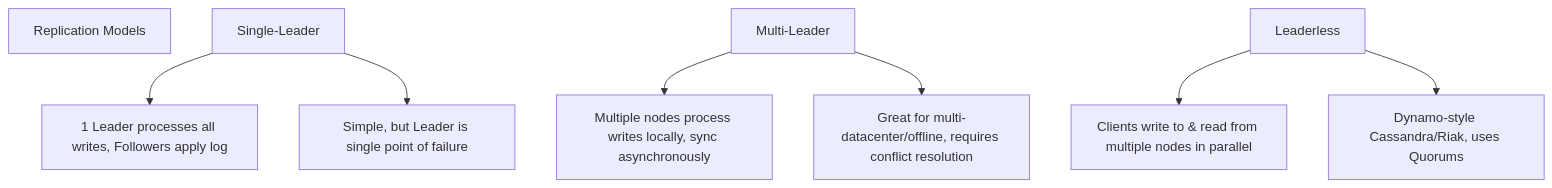
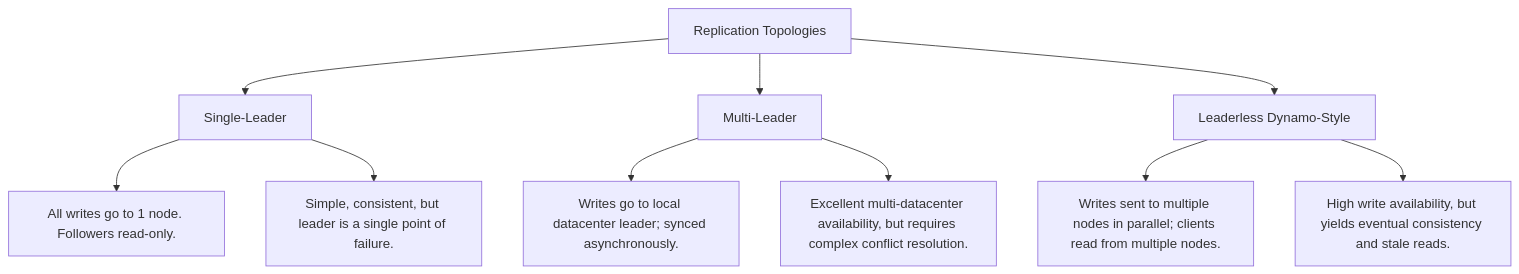
The first of 2 diagrams in chapters/ch5_replication.md (fredLuv/ddia-gitbook), drawn with Mermaid before and after one commit. The commit also changed other lines of this file and 1 other file, not shown here.

````diff
--- a/chapters/ch5_replication.md
+++ b/chapters/ch5_replication.md
@@ -23,13 +24,14 @@
 ```mermaid
 graph TD
-    SubGraph1[Replication Models]
+    A[Replication Topologies] --> B[Single-Leader]
+    B --> C[All writes go to 1 node. Followers read-only.]
+    B --> D[Simple, consistent, but leader is a single point of failure.]
     
-    A[Single-Leader] --> B[1 Leader processes all writes, Followers apply log]
-    A --> C[Simple, but Leader is single point of failure]
+    A --> E[Multi-Leader]
+    E --> F[Writes go to local datacenter leader; synced asynchronously.]
+    E --> G[Excellent multi-datacenter availability, but requires complex conflict resolution.]
     
-    D[Multi-Leader] --> E[Multiple nodes process writes locally, sync asynchronously]
-    D --> F[Great for multi-datacenter/offline, requires conflict resolution]
-    
-    G[Leaderless] --> H[Clients write to & read from multiple nodes in parallel]
-    G --> I[Dynamo-style Cassandra/Riak, uses Quorums]
+    A --> H[Leaderless Dynamo-Style]
+    H --> I[Writes sent to multiple nodes in parallel; clients read from multiple nodes.]
+    H --> J[High write availability, but yields eventual consistency and stale reads.]
 ```
````
